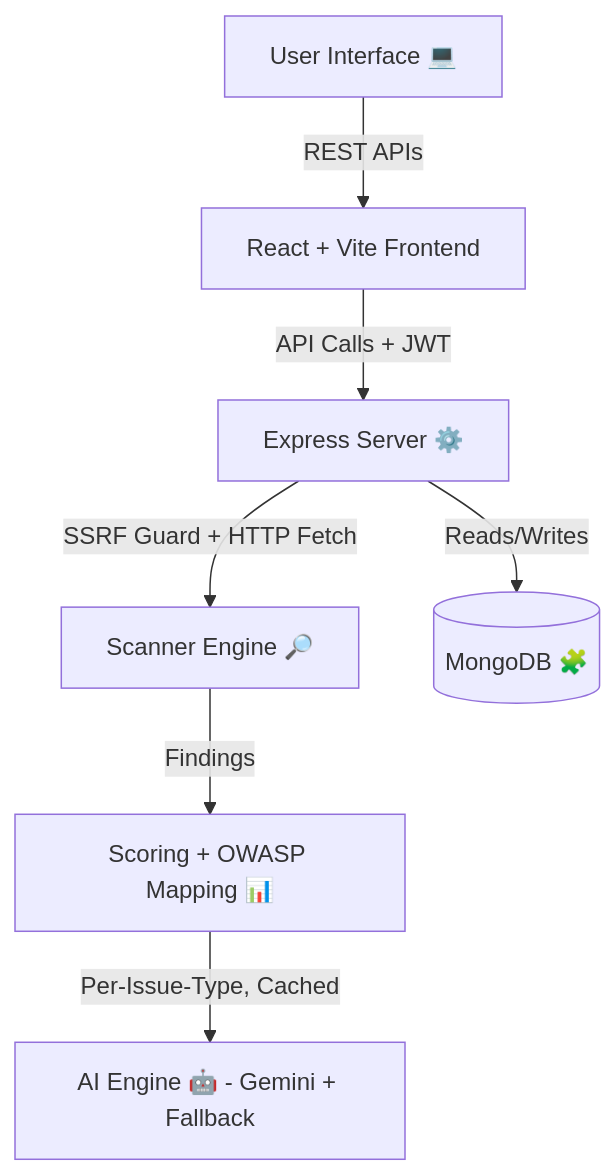
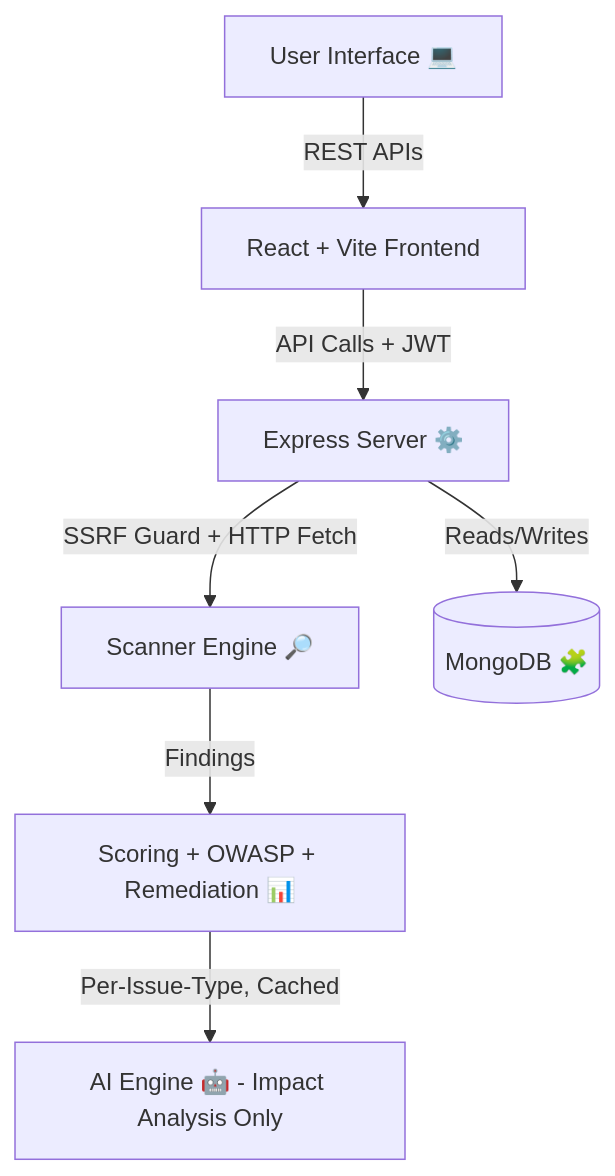
The diagram in README.md (Ophidev/SentinelAI), drawn with Mermaid before and after one commit. The commit also changed other lines of this file and 7 other files, not shown here.

First line of the commit message:
Add deterministic remediation + AI impact analysis

````diff
--- a/README.md
+++ b/README.md
@@ -78,9 +80,9 @@
 ```mermaid
 graph TD
 A[User Interface 💻] -->|REST APIs| B[React + Vite Frontend]
 B -->|API Calls + JWT| C[Express Server ⚙️]
 C -->|SSRF Guard + HTTP Fetch| D[Scanner Engine 🔎]
-D -->|Findings| E[Scoring + OWASP Mapping 📊]
-E -->|Per-Issue-Type, Cached| F[AI Engine 🤖 - Gemini + Fallback]
+D -->|Findings| E[Scoring + OWASP + Remediation 📊]
+E -->|Per-Issue-Type, Cached| F[AI Engine 🤖 - Impact Analysis Only]
 C -->|Reads/Writes| G[(MongoDB 🧩)]
 ```
````
